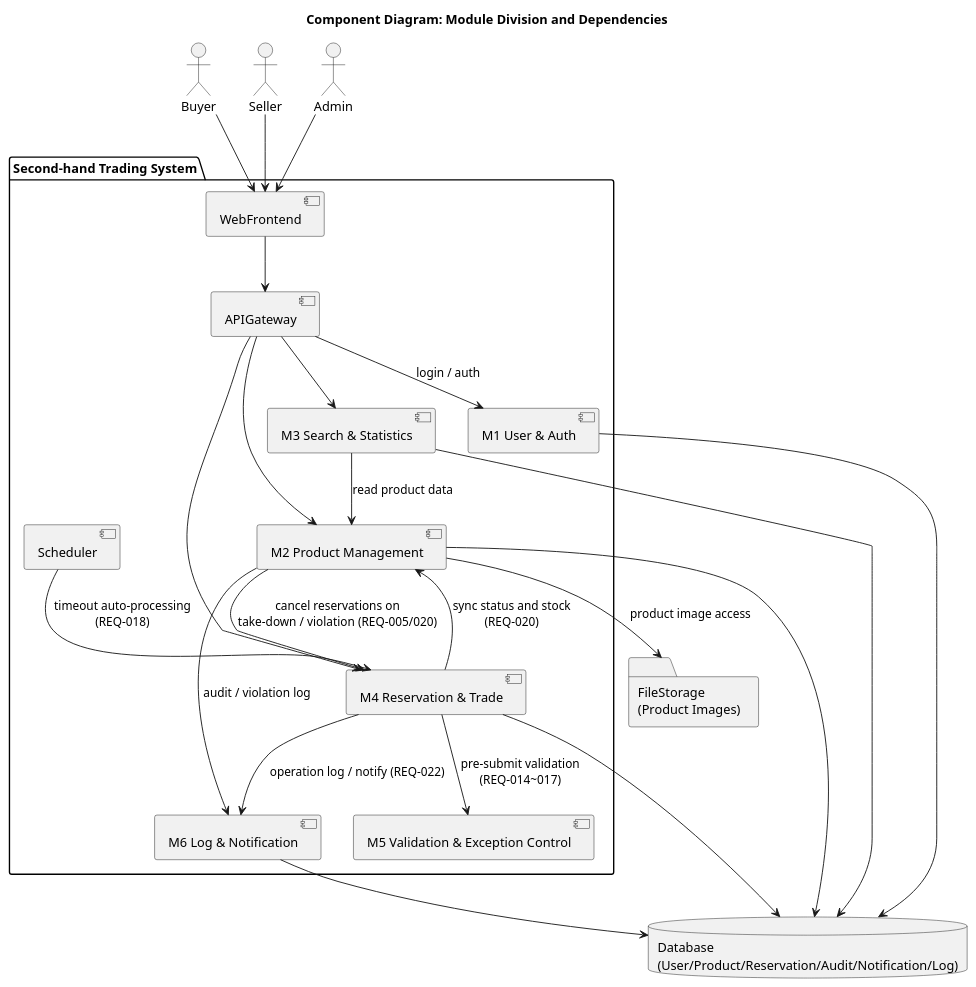
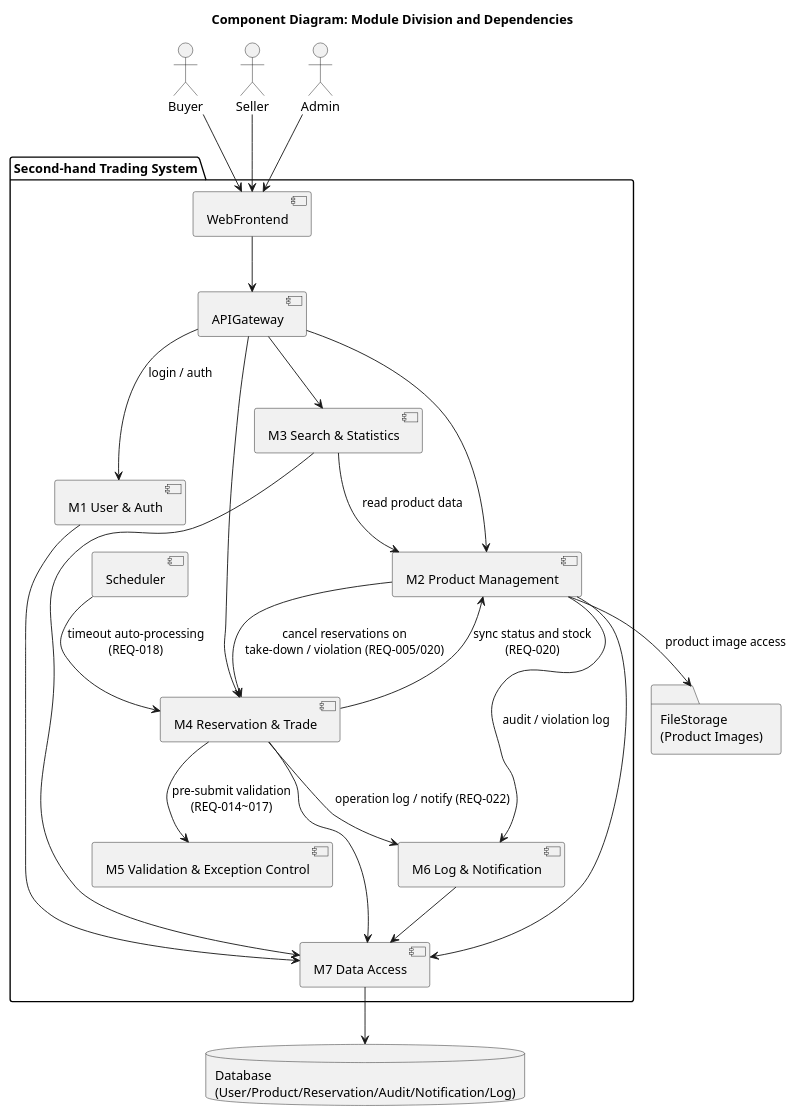
Before and after one commit to lmh1145791799/lab1: the diagram in uml/component-diagram.puml, drawn with PlantUML. The commit also changed 2 other files, not shown here.

```diff
--- a/uml/component-diagram.puml
+++ b/uml/component-diagram.puml
@@ -1,47 +1,50 @@
 @startuml component-diagram
 title Component Diagram: Module Division and Dependencies
 
 actor Buyer
 actor Seller
 actor Admin
 
 package "Second-hand Trading System" {
   [WebFrontend]
   [APIGateway]
   component "M1 User & Auth" as M1
   component "M2 Product Management" as M2
   component "M3 Search & Statistics" as M3
   component "M4 Reservation & Trade" as M4
   component "M5 Validation & Exception Control" as M5
   component "M6 Log & Notification" as M6
+  component "M7 Data Access" as M7 
   [Scheduler]
 }
 
 database "Database\n(User/Product/Reservation/Audit/Notification/Log)" as DB
 folder "FileStorage\n(Product Images)" as FS
 
 Buyer --> WebFrontend
 Seller --> WebFrontend
 Admin --> WebFrontend
 WebFrontend --> APIGateway
 
 APIGateway --> M1 : login / auth
 APIGateway --> M2
 APIGateway --> M3
 APIGateway --> M4
 
 M3 --> M2 : read product data
 M4 --> M5 : pre-submit validation\n(REQ-014~017)
 M4 --> M2 : sync status and stock\n(REQ-020)
 M2 --> M4 : cancel reservations on\ntake-down / violation (REQ-005/020)
 M4 --> M6 : operation log / notify (REQ-022)
 M2 --> M6 : audit / violation log
 Scheduler --> M4 : timeout auto-processing\n(REQ-018)
 
-M1 --> DB
-M2 --> DB
+M1 --> M7 
+M2 --> M7  
 M2 --> FS : product image access
-M3 --> DB
-M4 --> DB
-M6 --> DB
+M3 --> M7 
+M4 --> M7 
+M6 --> M7 
+M7 --> DB
+
 @enduml
```
